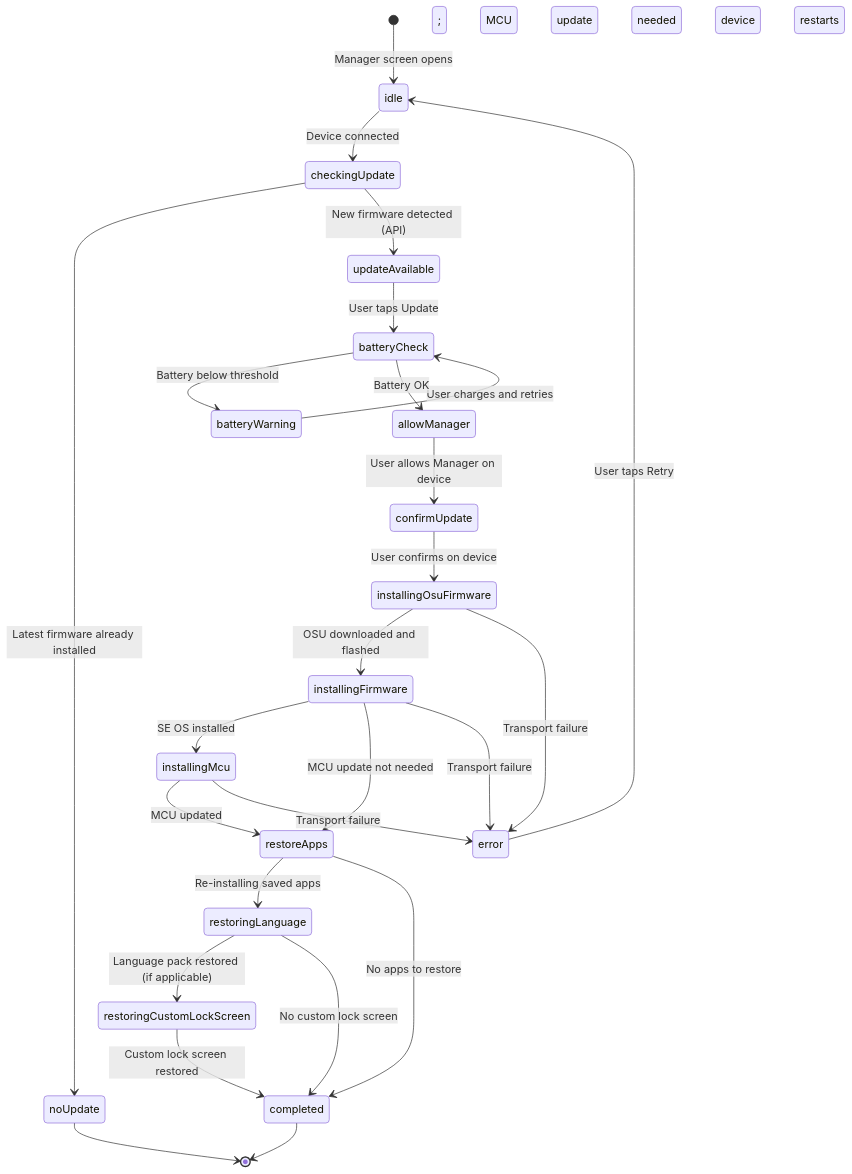
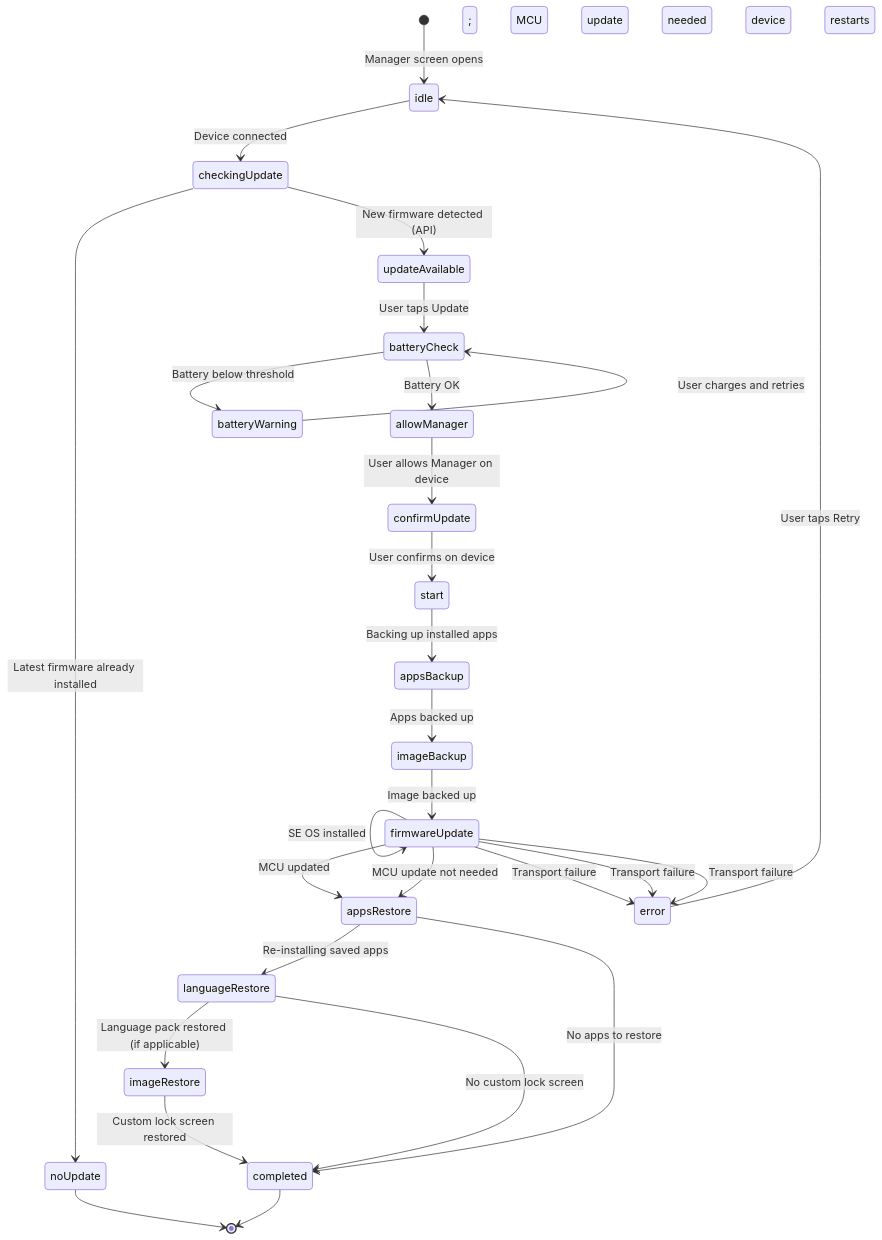
The eighth of 11 diagrams in part2.md (jeportie/qa-onboarding-guide), drawn with Mermaid before and after one commit. The commit also changed other lines of this file and 9 other files, not shown here.

````diff
--- a/part2.md
+++ b/part2.md
@@ -4221,37 +4223,41 @@
 ```mermaid
 stateDiagram-v2
     [*] --> idle : Manager screen opens
 
     idle --> checkingUpdate : Device connected
     checkingUpdate --> noUpdate : Latest firmware already installed
     checkingUpdate --> updateAvailable : New firmware detected (API)
 
     noUpdate --> [*]
 
     updateAvailable --> batteryCheck : User taps Update
     batteryCheck --> batteryWarning : Battery below threshold
     batteryWarning --> batteryCheck : User charges and retries
     batteryCheck --> allowManager : Battery OK
 
     allowManager --> confirmUpdate : User allows Manager on device
-    confirmUpdate --> installingOsuFirmware : User confirms on device
+    confirmUpdate --> start : User confirms on device
 
-    installingOsuFirmware --> installingFirmware : OSU downloaded and flashed
-    installingFirmware --> installingMcu : SE OS installed; MCU update needed
-    installingMcu --> restoreApps : MCU updated; device restarts
-    installingFirmware --> restoreApps : MCU update not needed
+    start --> appsBackup : Backing up installed apps
+    appsBackup --> imageBackup : Apps backed up
+    imageBackup --> firmwareUpdate : Image backed up
 
-    restoreApps --> restoringLanguage : Re-installing saved apps
-    restoringLanguage --> restoringCustomLockScreen : Language pack restored (if applicable)
-    restoringCustomLockScreen --> completed : Custom lock screen restored
+    firmwareUpdate --> firmwareUpdate : OSU downloaded and flashed
+    firmwareUpdate --> firmwareUpdate : SE OS installed; MCU update needed
+    firmwareUpdate --> appsRestore : MCU updated; device restarts
+    firmwareUpdate --> appsRestore : MCU update not needed
 
-    restoringLanguage --> completed : No custom lock screen
-    restoreApps --> completed : No apps to restore
+    appsRestore --> languageRestore : Re-installing saved apps
+    languageRestore --> imageRestore : Language pack restored (if applicable)
+    imageRestore --> completed : Custom lock screen restored
+
+    languageRestore --> completed : No custom lock screen
+    appsRestore --> completed : No apps to restore
 
     completed --> [*]
 
-    installingOsuFirmware --> error : Transport failure
-    installingFirmware --> error : Transport failure
-    installingMcu --> error : Transport failure
+    firmwareUpdate --> error : Transport failure
+    firmwareUpdate --> error : Transport failure
+    firmwareUpdate --> error : Transport failure
     error --> idle : User taps Retry
 ```
````
